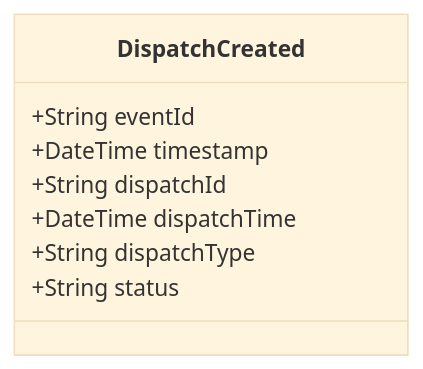
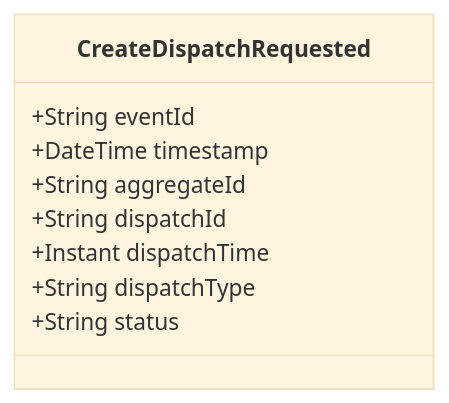
The diagram in doc/events/DispatchCreated.md (pgraff/police-system), drawn with Mermaid (base theme) before and after one commit. The commit also changed other lines of this file and 58 other files, not shown here.

````diff
--- a/doc/events/DispatchCreated.md
+++ b/doc/events/DispatchCreated.md
@@ -9,11 +9,12 @@
 ```mermaid
 classDiagram
-    class DispatchCreated {
+    class CreateDispatchRequested {
         +String eventId
         +DateTime timestamp
+        +String aggregateId
         +String dispatchId
-        +DateTime dispatchTime
+        +Instant dispatchTime
         +String dispatchType
         +String status
     }
 ```
````
